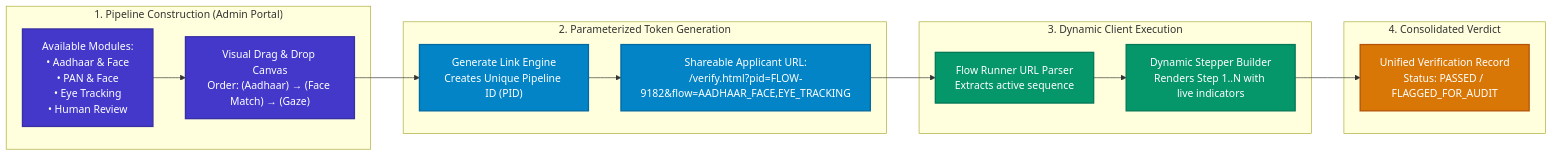
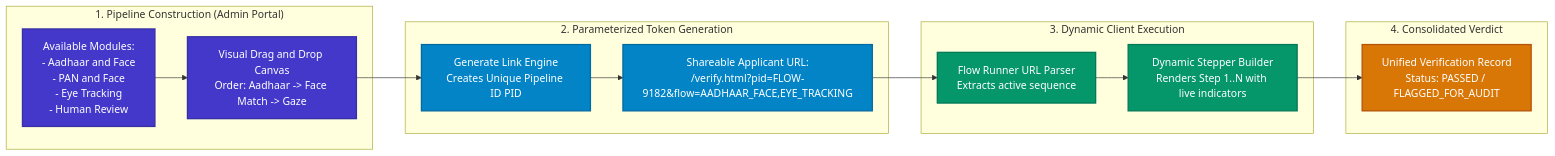
One commit to Saravanan2005real/identity-verify-mvp changed the third of 6 diagrams in README.md. Above: the diagram before and after it, drawn with Mermaid. The commit also changed other lines of this file and 32 other files, not shown here.

Commit message:
feat: complete Supabase authentication, embedded vector architecture diagrams, and launcher scripts

````diff
--- a/README.md
+++ b/README.md
@@ -207,30 +227,30 @@
 ```mermaid
 graph LR
     classDef builder fill:#4338ca,stroke:#3730a3,stroke-width:2px,color:#ffffff
     classDef link fill:#0284c7,stroke:#0369a1,stroke-width:2px,color:#ffffff
     classDef runner fill:#059669,stroke:#047857,stroke-width:2px,color:#ffffff
     classDef decision fill:#d97706,stroke:#b45309,stroke-width:2px,color:#ffffff
 
     subgraph BuilderStep ["1. Pipeline Construction (Admin Portal)"]
-        Modules["Available Modules:<br/>• Aadhaar & Face<br/>• PAN & Face<br/>• Eye Tracking<br/>• Human Review"]:::builder
-        Canvas["Visual Drag & Drop Canvas<br/>Order: (Aadhaar) → (Face Match) → (Gaze)"]:::builder
+        Modules["Available Modules:<br/>- Aadhaar and Face<br/>- PAN and Face<br/>- Eye Tracking<br/>- Human Review"]:::builder
+        Canvas["Visual Drag and Drop Canvas<br/>Order: Aadhaar -> Face Match -> Gaze"]:::builder
         Modules --> Canvas
     end
 
     subgraph LinkStep ["2. Parameterized Token Generation"]
-        Generator["Generate Link Engine<br/>Creates Unique Pipeline ID (PID)"]:::link
+        Generator["Generate Link Engine<br/>Creates Unique Pipeline ID PID"]:::link
         ShareURL["Shareable Applicant URL:<br/>/verify.html?pid=FLOW-9182&flow=AADHAAR_FACE,EYE_TRACKING"]:::link
         Canvas --> Generator --> ShareURL
     end
 
     subgraph ExecutionStep ["3. Dynamic Client Execution"]
         Parser["Flow Runner URL Parser<br/>Extracts active sequence"]:::runner
         Stepper["Dynamic Stepper Builder<br/>Renders Step 1..N with live indicators"]:::runner
         ShareURL --> Parser --> Stepper
     end
 
     subgraph VerdictStep ["4. Consolidated Verdict"]
         Audit["Unified Verification Record<br/>Status: PASSED / FLAGGED_FOR_AUDIT"]:::decision
         Stepper --> Audit
     end
 ```
````
